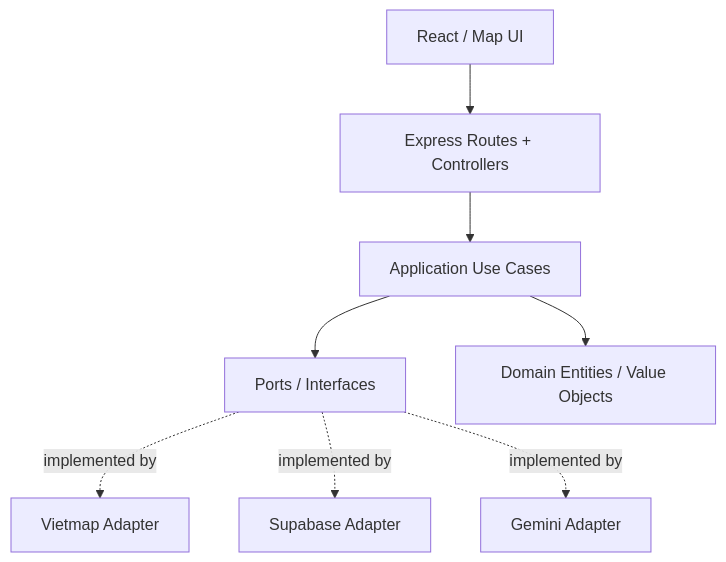
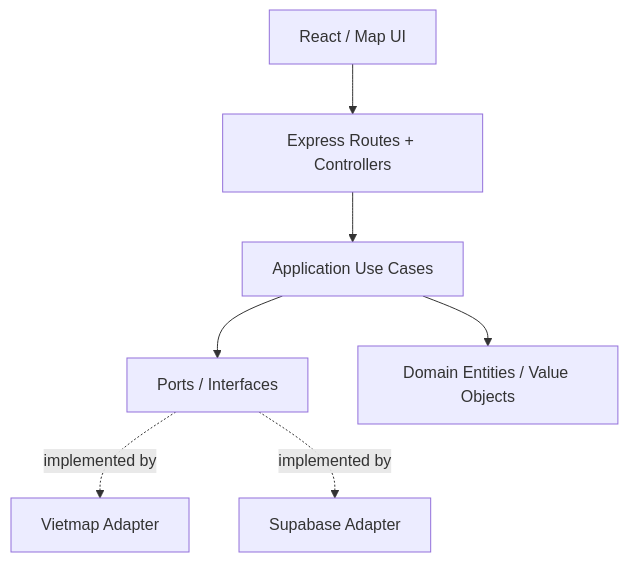
One commit to dpm14092006-UIT/iMap changed the diagram in docs/ARCHITECTURE.md. Above: the diagram before and after it, drawn with Mermaid. The commit also changed other lines of this file and 52 other files, not shown here.

````diff
--- a/docs/ARCHITECTURE.md
+++ b/docs/ARCHITECTURE.md
@@ -13,10 +13,9 @@
 ```mermaid
 flowchart TB
   Web[React / Map UI] --> Express[Express Routes + Controllers]
   Express --> UseCase[Application Use Cases]
   UseCase --> Port[Ports / Interfaces]
   Port -.implemented by.-> Vietmap[Vietmap Adapter]
   Port -.implemented by.-> DB[Supabase Adapter]
-  Port -.implemented by.-> AI[Gemini Adapter]
   UseCase --> Domain[Domain Entities / Value Objects]
 ```
````
